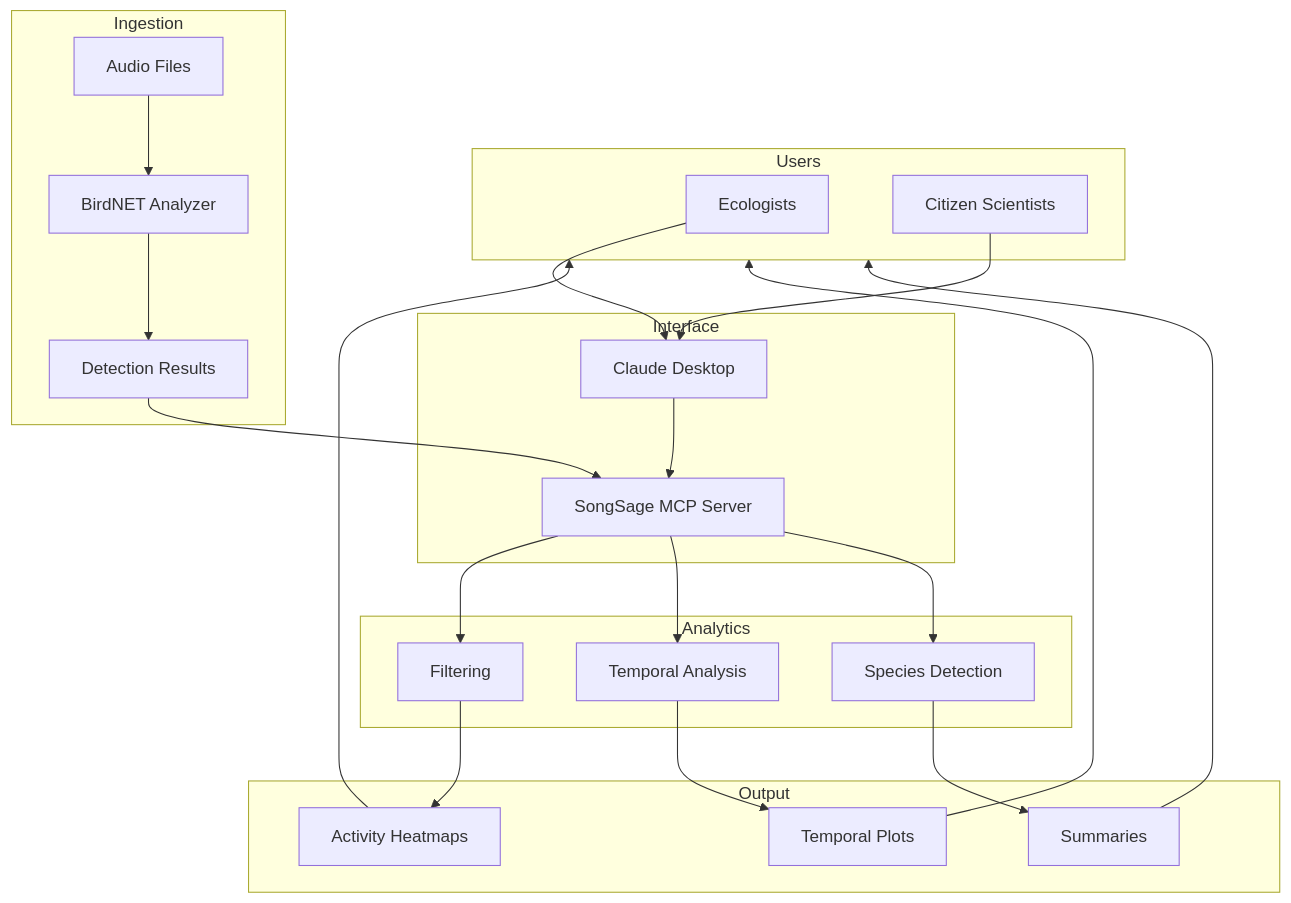
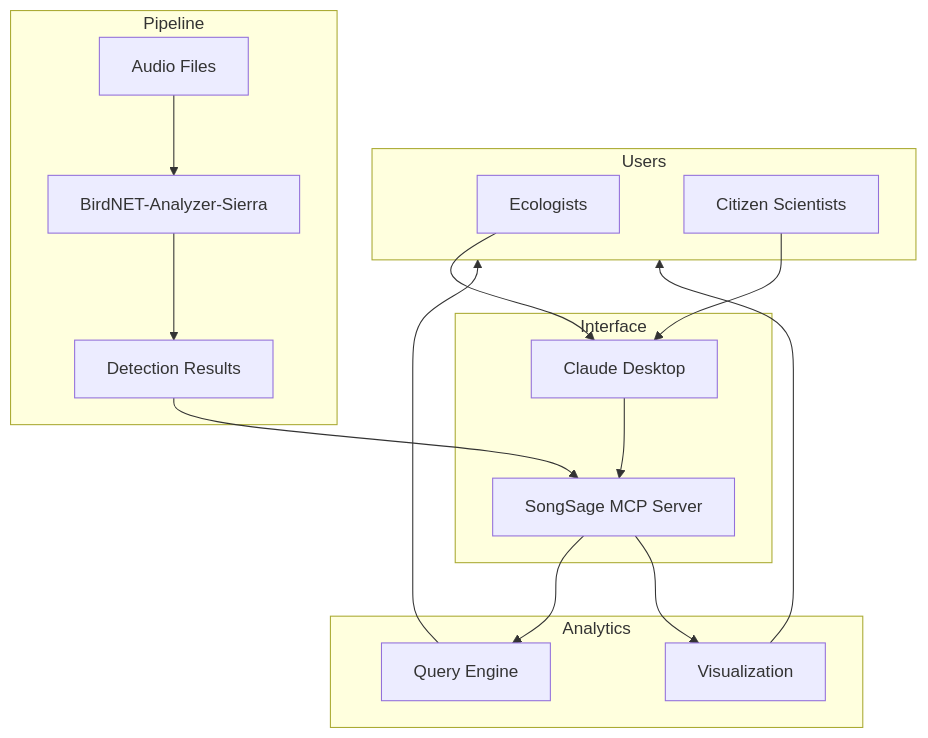
The diagram in README.md (Imageomics/SongSage), drawn with Mermaid before and after one commit. The commit also changed other lines of this file, not shown here.

````diff
--- a/README.md
+++ b/README.md
@@ -25,46 +31,34 @@
 ```mermaid
 flowchart TB
     subgraph Users
         ECO[Ecologists]
         CIT[Citizen Scientists]
     end
 
     subgraph Interface
         CD[Claude Desktop]
         MCP[SongSage MCP Server]
     end
 
-    subgraph Ingestion
+    subgraph Pipeline
         AF[Audio Files]
-        BN[BirdNET Analyzer]
+        BN[BirdNET-Analyzer-Sierra]
         DR[Detection Results]
     end
 
     subgraph Analytics
-        FILT[Filtering]
-        TEMP[Temporal Analysis]
-        SPE[Species Detection]
-    end
-
-    subgraph Output
-        HEAT[Activity Heatmaps]
-        PLOTS[Temporal Plots]
-        SUM[Summaries]
+        QRY[Query Engine]
+        VIZ[Visualization]
     end
 
     ECO --> CD
     CIT --> CD
     CD --> MCP
     AF --> BN
     BN --> DR
     DR --> MCP
-    MCP --> FILT
-    MCP --> TEMP
-    MCP --> SPE
-    FILT --> HEAT
-    TEMP --> PLOTS
-    SPE --> SUM
-    HEAT --> Users
-    PLOTS --> Users
-    SUM --> Users
+    MCP --> QRY
+    MCP --> VIZ
+    QRY --> Users
+    VIZ --> Users
 ```
````
